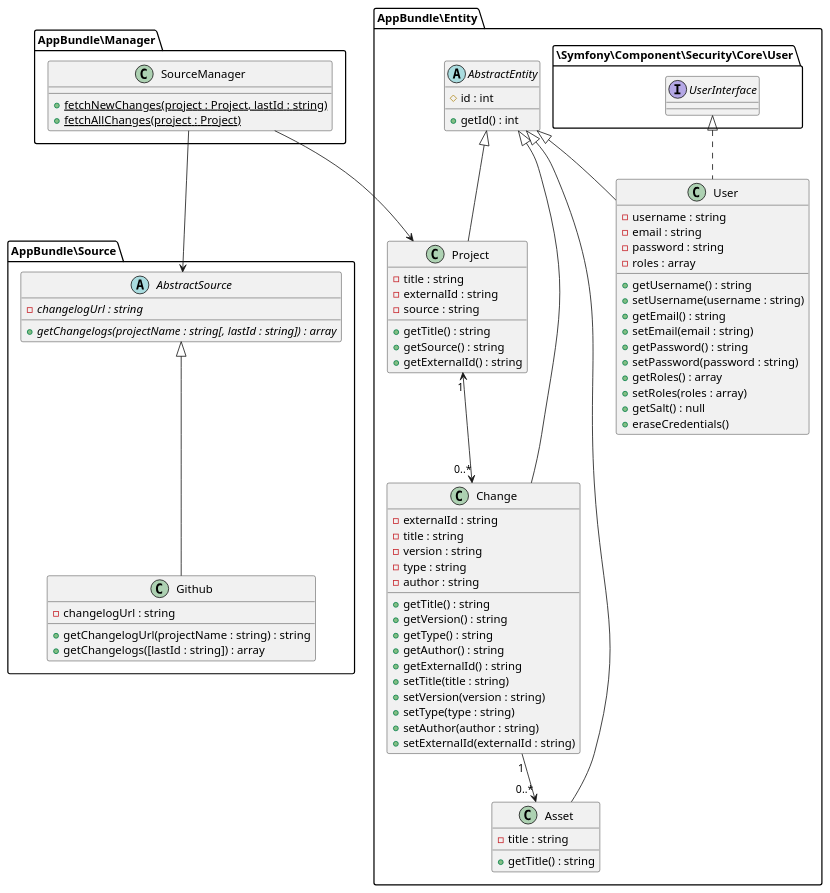
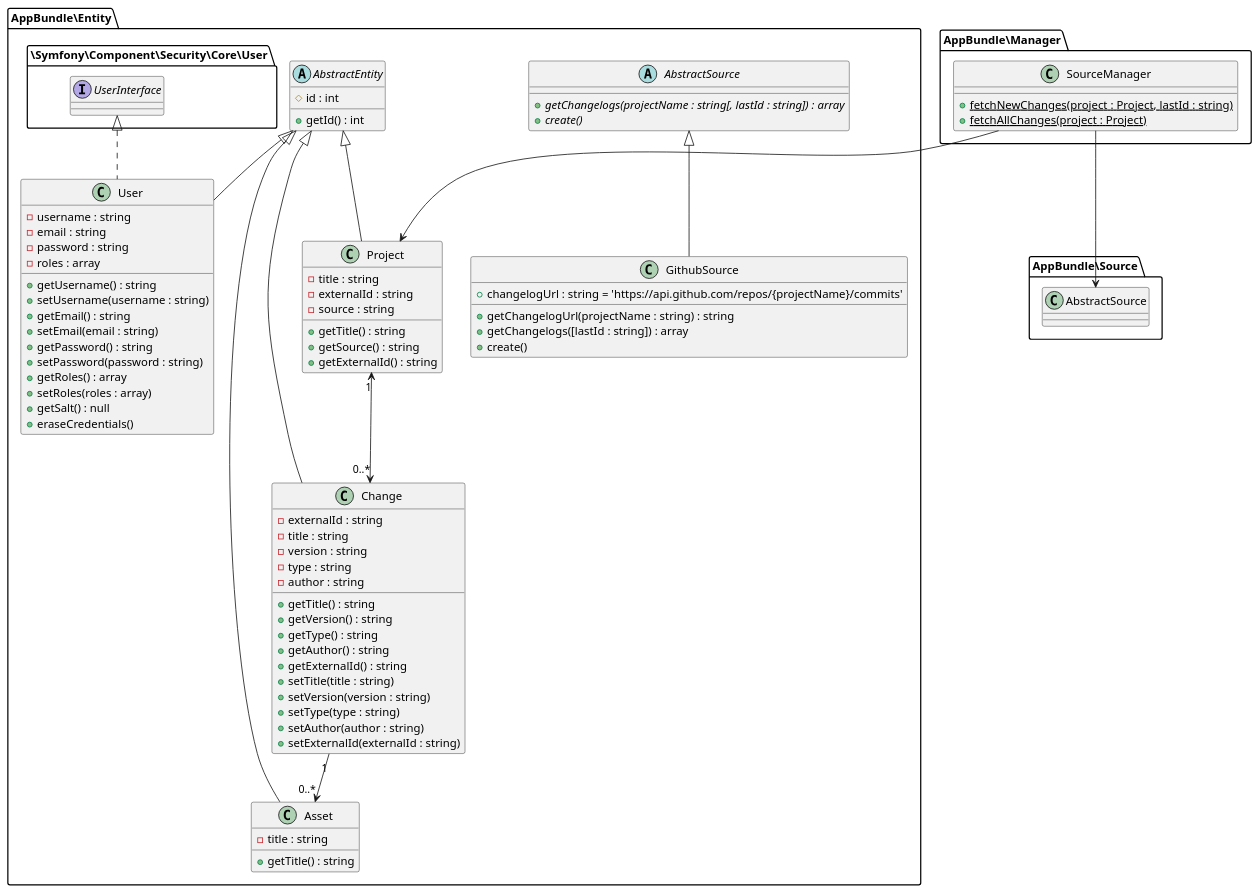
Before and after one commit to saitho/changebrowser: the diagram in src/AppBundle/Documentation/entities.puml, drawn with PlantUML. The commit also changed 10 other files, not shown here.

```diff
--- a/src/AppBundle/Documentation/entities.puml
+++ b/src/AppBundle/Documentation/entities.puml
@@ -1,82 +1,81 @@
 @startuml
-
-namespace AppBundle\Source {
-    abstract class AbstractSource {
-        {abstract} - changelogUrl : string
-        {abstract} + getChangelogs(projectName : string[, lastId : string]) : array
-    }
-    class Github extends AbstractSource {
-        - changelogUrl : string
-        + getChangelogUrl(projectName : string) : string
-        + getChangelogs([lastId : string]) : array
-    }
-}
 
 AppBundle\Manager.SourceManager --> AppBundle\Entity.Project
 AppBundle\Manager.SourceManager --> AppBundle\Source.AbstractSource
 
 namespace AppBundle\Manager {
     class SourceManager {
         + {static} fetchNewChanges(project : Project, lastId : string)
         + {static} fetchAllChanges(project : Project)
     }
 }
 
 
 namespace AppBundle\Entity {
+    abstract class AbstractSource {
+        {abstract} + getChangelogs(projectName : string[, lastId : string]) : array
+        {abstract} + create()
+    }
+    class GithubSource extends AbstractSource {
+        + changelogUrl : string = 'https://api.github.com/repos/{projectName}/commits'
+        + getChangelogUrl(projectName : string) : string
+        + getChangelogs([lastId : string]) : array
+        + create()
+    }
+
     abstract class AbstractEntity {
         # id : int
         + getId() : int
     }
     class Asset extends AbstractEntity {
         - title : string
         + getTitle() : string
     }
     class Change extends AbstractEntity {
         - externalId : string
         - title : string
         - version : string
         - type : string
         - author : string
         + getTitle() : string
         + getVersion() : string
         + getType() : string
         + getAuthor() : string
         + getExternalId() : string
         + setTitle(title : string)
         + setVersion(version : string)
         + setType(type : string)
         + setAuthor(author : string)
         + setExternalId(externalId : string)
     }
     class Project extends AbstractEntity {
         - title : string
         - externalId : string
         - source : string
         + getTitle() : string
         + getSource() : string
         + getExternalId() : string
     }
     class User extends AbstractEntity implements \Symfony\Component\Security\Core\User.UserInterface {
         - username : string
         - email : string
         - password : string
         - roles : array
         + getUsername() : string
         + setUsername(username : string)
         + getEmail() : string
         + setEmail(email : string)
         + getPassword() : string
         + setPassword(password : string)
         + getRoles() : array
         + setRoles(roles : array)
         + getSalt() : null
         + eraseCredentials()
     }
 
     Change "1" --> "0..*" Asset
     Project "1" <--> "0..*" Change
 }
 
 
 @enduml
```
